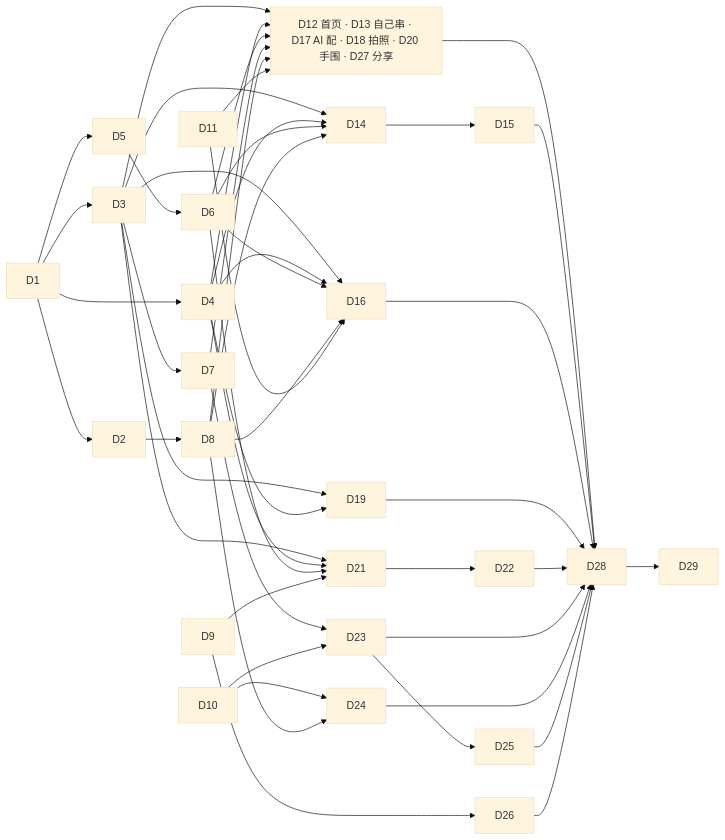
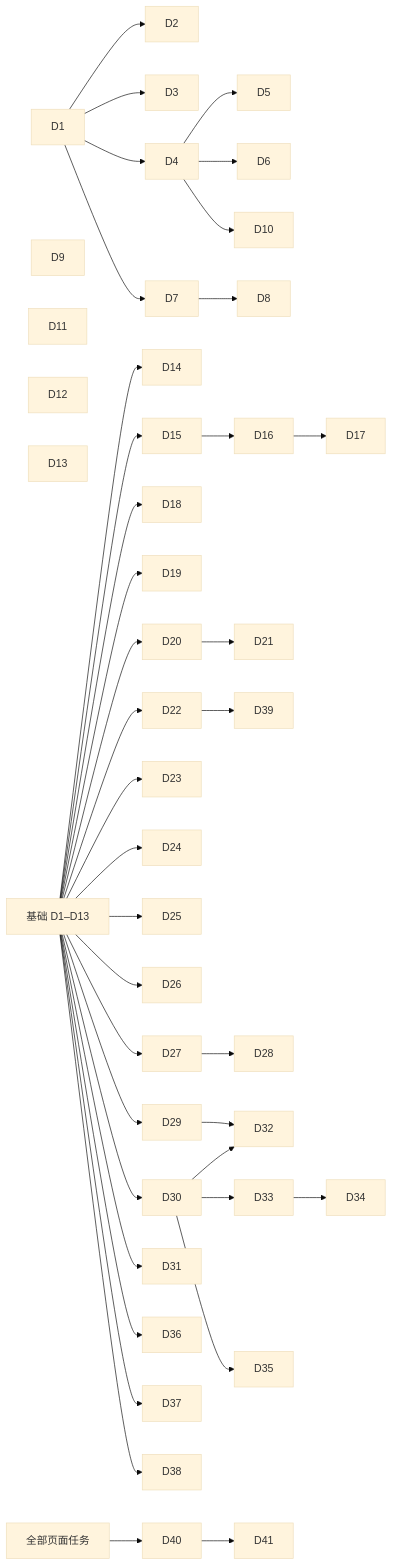
One commit to gachiqachi-netizen/- changed the diagram in docs/design/05-dev-tasks.md. Above: the diagram before and after it, drawn with Mermaid (base theme). The commit also changed other lines of this file and 5 other files, not shown here.

````diff
--- a/docs/design/05-dev-tasks.md
+++ b/docs/design/05-dev-tasks.md
@@ -33,20 +56,19 @@
 ```mermaid
 flowchart LR
-  D1 --> D2 & D3 & D4 & D5
-  D5 --> D6
-  D3 --> D7
-  D2 --> D8
+  D1 --> D2 & D3 & D4
+  D4 --> D5 & D6 & D10
+  D1 --> D7 --> D8
   D9
-  D10
   D11
-  D3 & D4 & D6 & D7 & D8 & D11 --> P1["D12 首页 · D13 自己串 · D17 AI 配 · D18 拍照 · D20 手围 · D27 分享"]
-  D3 & D4 & D6 & D8 --> D14 --> D15
-  D3 & D4 & D6 & D8 & D11 --> D16
-  D3 & D4 --> D19
-  D3 & D4 & D6 & D9 --> D21 --> D22
-  D7 & D10 --> D23
-  D10 & D8 --> D24
-  D23 --> D25
-  D9 --> D26
-  P1 & D15 & D16 & D19 & D22 & D23 & D24 & D25 & D26 --> D28 --> D29
+  D12
+  D13
+  F["基础 D1–D13"] --> D14 & D15 & D18 & D19 & D20 & D22 & D23 & D24 & D25 & D26 & D27 & D29 & D30 & D31 & D36 & D37 & D38
+  D15 --> D16 --> D17
+  D20 --> D21
+  D22 --> D39
+  D27 --> D28
+  D29 --> D32
+  D30 --> D32 & D33 & D35
+  D33 --> D34
+  P["全部页面任务"] --> D40 --> D41
 ```
````
